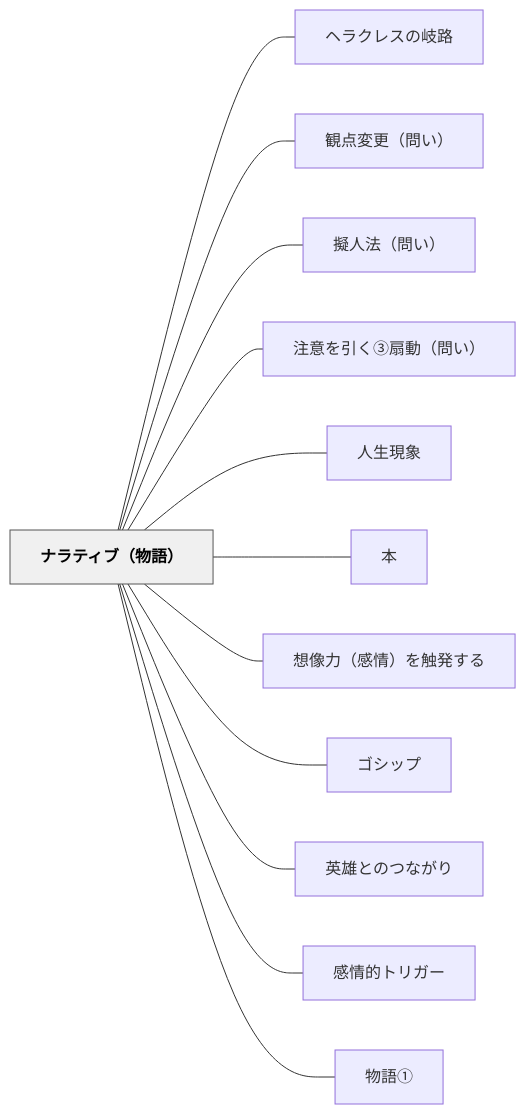
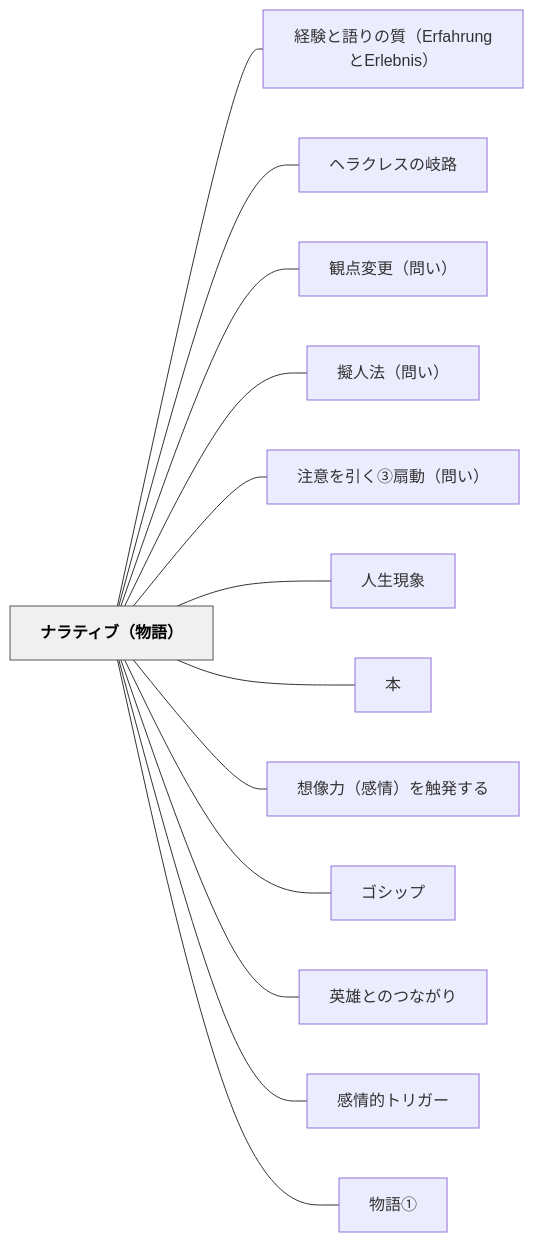
The diagram in content/パタン/ナラティブ（物語）.md (unknownthings-ed-patterns/unknownthings-ed-patterns), drawn with Mermaid before and after one commit. The commit also changed other lines of this file and 158 other files, not shown here.

````diff
--- a/content/パタン/ナラティブ（物語）.md
+++ b/content/パタン/ナラティブ（物語）.md
@@ -56,30 +124,32 @@
 ```mermaid
 flowchart LR
     ne3838ae383a9e38386e382a3e38396efbc88e789a9e8aa9eefbc89["ナラティブ（物語）"]
+    ne7b58ce9a893e381a8e8aa9ee3828ae381aee8b3aaefbc88457266616872756e67e381a845726c65626e6973efbc89["経験と語りの質（ErfahrungとErlebnis）"]
     ne38398e383a9e382afe383ace382b9e381aee5b290e8b7af["ヘラクレスの岐路"]
     ne8a6b3e782b9e5a489e69bb4efbc88e5958fe38184efbc89["観点変更（問い）"]
     ne693ace4babae6b395efbc88e5958fe38184efbc89["擬人法（問い）"]
     ne6b3a8e6848fe38292e5bc95e3818fe291a2e68987e58b95efbc88e5958fe38184efbc89["注意を引く③扇動（問い）"]
     ne4babae7949fe78fbee8b1a1["人生現象"]
     ne69cac["本"]
     ne683b3e5838fe58a9befbc88e6849fe68385efbc89e38292e8a7a6e799bae38199e3828b["想像力（感情）を触発する"]
     ne382b4e382b7e38383e38397["ゴシップ"]
     ne88bb1e99b84e381a8e381aee381a4e381aae3818ce3828a["英雄とのつながり"]
     ne6849fe68385e79a84e38388e383aae382ace383bc["感情的トリガー"]
     ne789a9e8aa9ee291a0["物語①"]
 
+    ne3838ae383a9e38386e382a3e38396efbc88e789a9e8aa9eefbc89 --- ne7b58ce9a893e381a8e8aa9ee3828ae381aee8b3aaefbc88457266616872756e67e381a845726c65626e6973efbc89
     ne3838ae383a9e38386e382a3e38396efbc88e789a9e8aa9eefbc89 --- ne38398e383a9e382afe383ace382b9e381aee5b290e8b7af
     ne3838ae383a9e38386e382a3e38396efbc88e789a9e8aa9eefbc89 --- ne8a6b3e782b9e5a489e69bb4efbc88e5958fe38184efbc89
     ne3838ae383a9e38386e382a3e38396efbc88e789a9e8aa9eefbc89 --- ne693ace4babae6b395efbc88e5958fe38184efbc89
     ne3838ae383a9e38386e382a3e38396efbc88e789a9e8aa9eefbc89 --- ne6b3a8e6848fe38292e5bc95e3818fe291a2e68987e58b95efbc88e5958fe38184efbc89
     ne3838ae383a9e38386e382a3e38396efbc88e789a9e8aa9eefbc89 --- ne4babae7949fe78fbee8b1a1
     ne3838ae383a9e38386e382a3e38396efbc88e789a9e8aa9eefbc89 --- ne69cac
     ne3838ae383a9e38386e382a3e38396efbc88e789a9e8aa9eefbc89 --- ne683b3e5838fe58a9befbc88e6849fe68385efbc89e38292e8a7a6e799bae38199e3828b
     ne3838ae383a9e38386e382a3e38396efbc88e789a9e8aa9eefbc89 --- ne382b4e382b7e38383e38397
     ne3838ae383a9e38386e382a3e38396efbc88e789a9e8aa9eefbc89 --- ne88bb1e99b84e381a8e381aee381a4e381aae3818ce3828a
     ne3838ae383a9e38386e382a3e38396efbc88e789a9e8aa9eefbc89 --- ne6849fe68385e79a84e38388e383aae382ace383bc
     ne3838ae383a9e38386e382a3e38396efbc88e789a9e8aa9eefbc89 --- ne789a9e8aa9ee291a0
 
     classDef hub fill:#f0f0f0,stroke:#555,color:#000,font-weight:bold
     class ne3838ae383a9e38386e382a3e38396efbc88e789a9e8aa9eefbc89 hub
 ```
````
